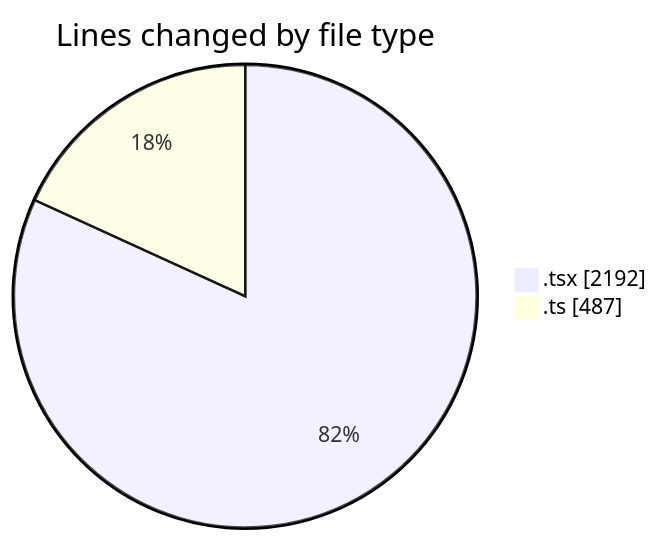
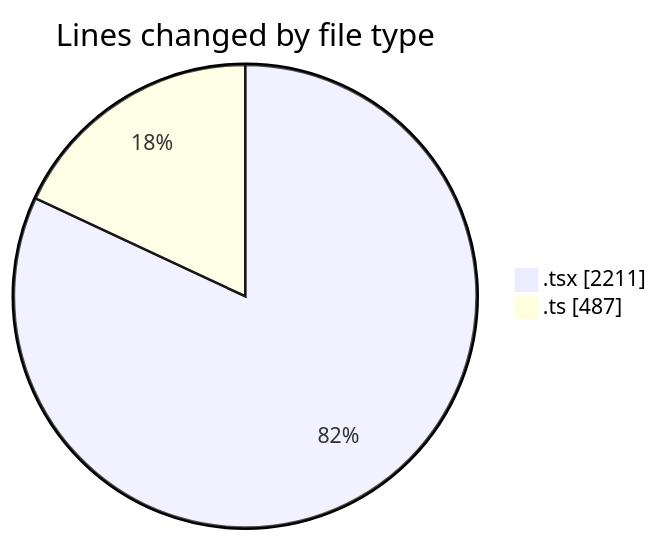
The first of 2 diagrams in 2026-03-31/nxtqube_webapp/README.md (nxtqubesakshisongat/code-tracking), drawn with Mermaid before and after one commit. The commit also changed other lines of this file and 1 other file, not shown here.

````diff
--- a/2026-03-31/nxtqube_webapp/README.md
+++ b/2026-03-31/nxtqube_webapp/README.md
@@ -23,6 +23,6 @@
 ```mermaid
 pie showData
 title Lines changed by file type
-".tsx" : 2192
+".tsx" : 2211
 ".ts" : 487
 ```
````
